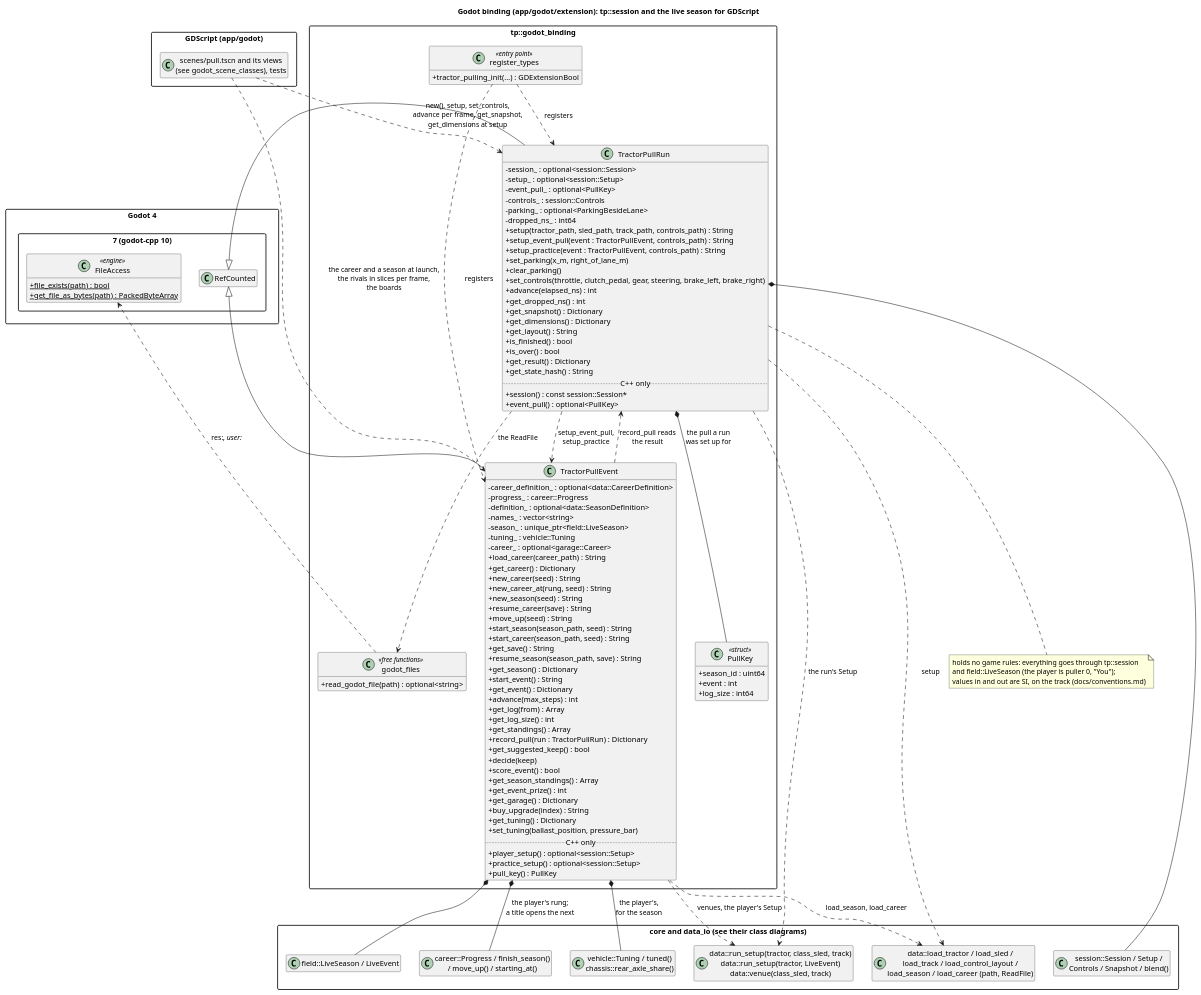
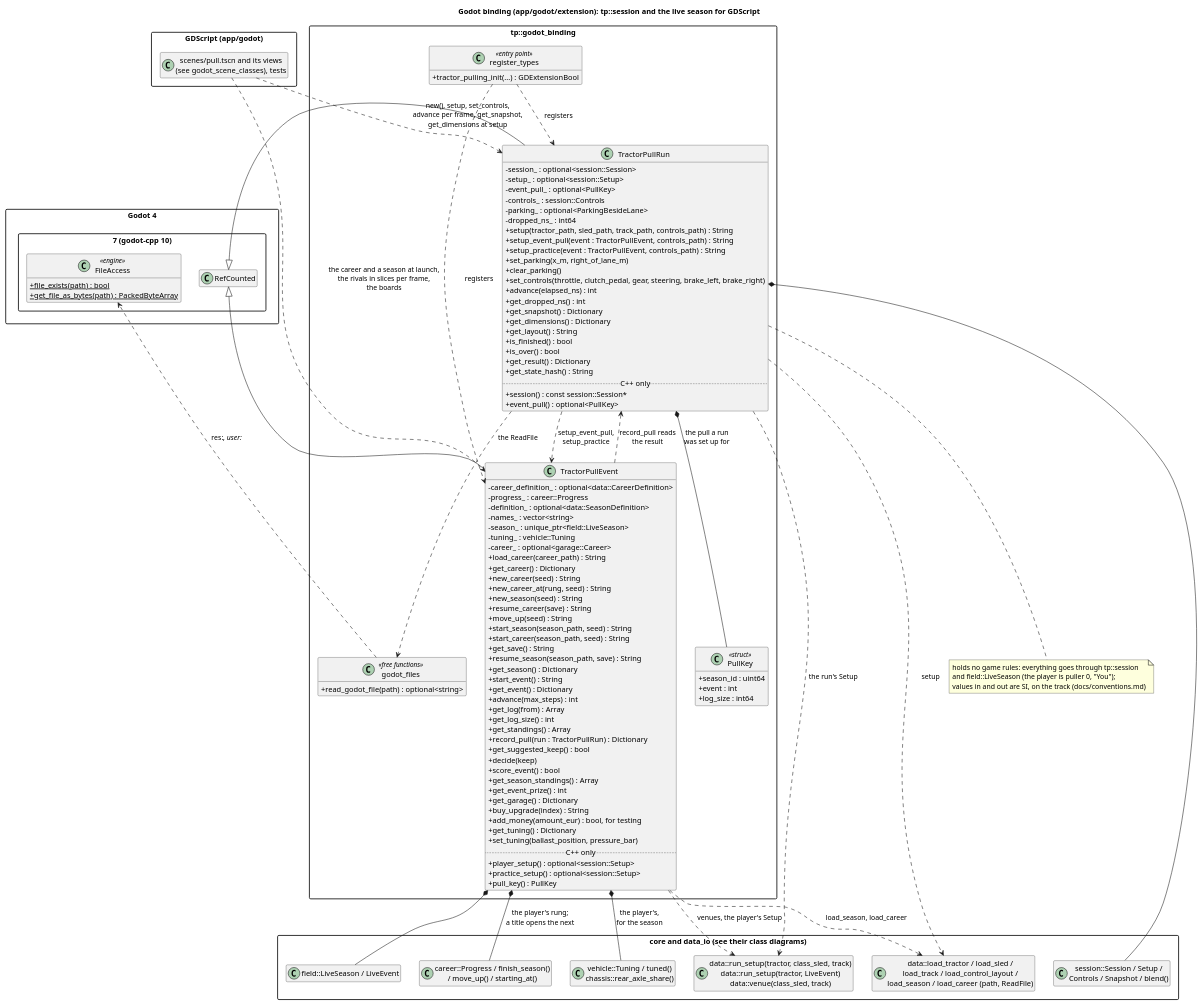
Before and after one commit to wversteeg/TractorPulling: the diagram in docs/diagrams/godot_classes.puml, drawn with PlantUML. The commit also changed 15 other files, not shown here.

```diff
--- a/docs/diagrams/godot_classes.puml
+++ b/docs/diagrams/godot_classes.puml
@@ -1,133 +1,134 @@
 @startuml godot_classes
 title Godot binding (app/godot/extension): tp::session and the live season for GDScript
 hide empty members
 skinparam packageStyle rectangle
 skinparam classAttributeIconSize 0
 
 package "Godot 4.7 (godot-cpp 10)" {
   class RefCounted
   class FileAccess <<engine>> {
     +{static} file_exists(path) : bool
     +{static} get_file_as_bytes(path) : PackedByteArray
   }
 }
 
 package "tp::godot_binding" {
   class TractorPullRun {
     -session_ : optional<session::Session>
     -setup_ : optional<session::Setup>
     -event_pull_ : optional<PullKey>
     -controls_ : session::Controls
     -parking_ : optional<ParkingBesideLane>
     -dropped_ns_ : int64
     +setup(tractor_path, sled_path, track_path, controls_path) : String
     +setup_event_pull(event : TractorPullEvent, controls_path) : String
     +setup_practice(event : TractorPullEvent, controls_path) : String
     +set_parking(x_m, right_of_lane_m)
     +clear_parking()
     +set_controls(throttle, clutch_pedal, gear, steering, brake_left, brake_right)
     +advance(elapsed_ns) : int
     +get_dropped_ns() : int
     +get_snapshot() : Dictionary
     +get_dimensions() : Dictionary
     +get_layout() : String
     +is_finished() : bool
     +is_over() : bool
     +get_result() : Dictionary
     +get_state_hash() : String
     ..C++ only..
     +session() : const session::Session*
     +event_pull() : optional<PullKey>
   }
   class TractorPullEvent {
     -career_definition_ : optional<data::CareerDefinition>
     -progress_ : career::Progress
     -definition_ : optional<data::SeasonDefinition>
     -names_ : vector<string>
     -season_ : unique_ptr<field::LiveSeason>
     -tuning_ : vehicle::Tuning
     -career_ : optional<garage::Career>
     +load_career(career_path) : String
     +get_career() : Dictionary
     +new_career(seed) : String
     +new_career_at(rung, seed) : String
     +new_season(seed) : String
     +resume_career(save) : String
     +move_up(seed) : String
     +start_season(season_path, seed) : String
     +start_career(season_path, seed) : String
     +get_save() : String
     +resume_season(season_path, save) : String
     +get_season() : Dictionary
     +start_event() : String
     +get_event() : Dictionary
     +advance(max_steps) : int
     +get_log(from) : Array
     +get_log_size() : int
     +get_standings() : Array
     +record_pull(run : TractorPullRun) : Dictionary
     +get_suggested_keep() : bool
     +decide(keep)
     +score_event() : bool
     +get_season_standings() : Array
     +get_event_prize() : int
     +get_garage() : Dictionary
     +buy_upgrade(index) : String
+    +add_money(amount_eur) : bool, for testing
     +get_tuning() : Dictionary
     +set_tuning(ballast_position, pressure_bar)
     ..C++ only..
     +player_setup() : optional<session::Setup>
     +practice_setup() : optional<session::Setup>
     +pull_key() : PullKey
   }
   class PullKey <<struct>> {
     +season_id : uint64
     +event : int
     +log_size : int64
   }
   TractorPullRun *-- PullKey : the pull a run\nwas set up for
   class "godot_files" as Files <<free functions>> {
     +read_godot_file(path) : optional<string>
   }
   class "register_types" as Register <<entry point>> {
     +tractor_pulling_init(...) : GDExtensionBool
   }
 }
 
 package "core and data_io (see their class diagrams)" {
   class "session::Session / Setup /\nControls / Snapshot / blend()" as Session
   class "data::load_tractor / load_sled /\nload_track / load_control_layout /\nload_season / load_career (path, ReadFile)" as Loaders
   class "data::run_setup(tractor, class_sled, track)\ndata::run_setup(tractor, LiveEvent)\ndata::venue(class_sled, track)" as RunSetup
   class "field::LiveSeason / LiveEvent" as Live
   class "career::Progress / finish_season()\n/ move_up() / starting_at()" as Career
   class "vehicle::Tuning / tuned()\nchassis::rear_axle_share()" as Tuning
 }
 
 package "GDScript (app/godot)" {
   class "scenes/pull.tscn and its views\n(see godot_scene_classes), tests" as Scripts
 }
 
 RefCounted <|-- TractorPullRun
 RefCounted <|-- TractorPullEvent
 Register ..> TractorPullRun : registers
 Register ..> TractorPullEvent : registers
 TractorPullEvent *-- Live
 TractorPullEvent *-- Tuning : the player's,\nfor the season
 TractorPullEvent ..> Loaders : load_season, load_career
 TractorPullEvent *-- Career : the player's rung;\na title opens the next
 TractorPullEvent ..> RunSetup : venues, the player's Setup
 TractorPullRun ..> TractorPullEvent : setup_event_pull,\nsetup_practice
 TractorPullEvent ..> TractorPullRun : record_pull reads\nthe result
 TractorPullRun *-- Session
 TractorPullRun ..> Loaders : setup
 TractorPullRun ..> RunSetup : the run's Setup
 TractorPullRun ..> Files : the ReadFile
 Files ..> FileAccess : res://, user://
 Scripts ..> TractorPullRun : new(), setup, set_controls,\nadvance per frame, get_snapshot,\nget_dimensions at setup
 Scripts ..> TractorPullEvent : the career and a season at launch,\nthe rivals in slices per frame,\nthe boards
 note bottom of TractorPullRun
   holds no game rules: everything goes through tp::session
   and field::LiveSeason (the player is puller 0, "You");
   values in and out are SI, on the track (docs/conventions.md)
 end note
 @enduml
```
